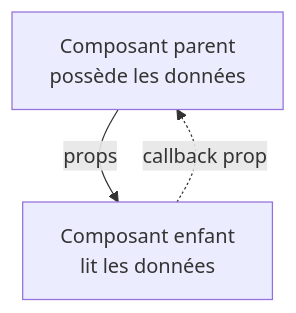
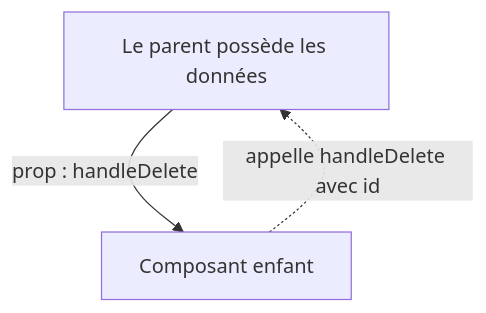
The fifth of 10 diagrams in arguments/chapters/fr/01-fundamentals.md (BabaScience/react-guides), drawn with Mermaid before and after one commit. The commit also changed other lines of this file and 46 other files, not shown here.

````diff
--- a/arguments/chapters/fr/01-fundamentals.md
+++ b/arguments/chapters/fr/01-fundamentals.md
@@ -171,5 +522,5 @@
 ```mermaid
 graph TD
-    Parent[Composant parent<br/>possède les données] -->|props| Child[Composant enfant<br/>lit les données]
-    Child -.->|callback prop| Parent
+    Parent[Le parent possède les données] -->|prop : handleDelete| Child[Composant enfant]
+    Child -.->|appelle handleDelete avec id| Parent
 ```
````
